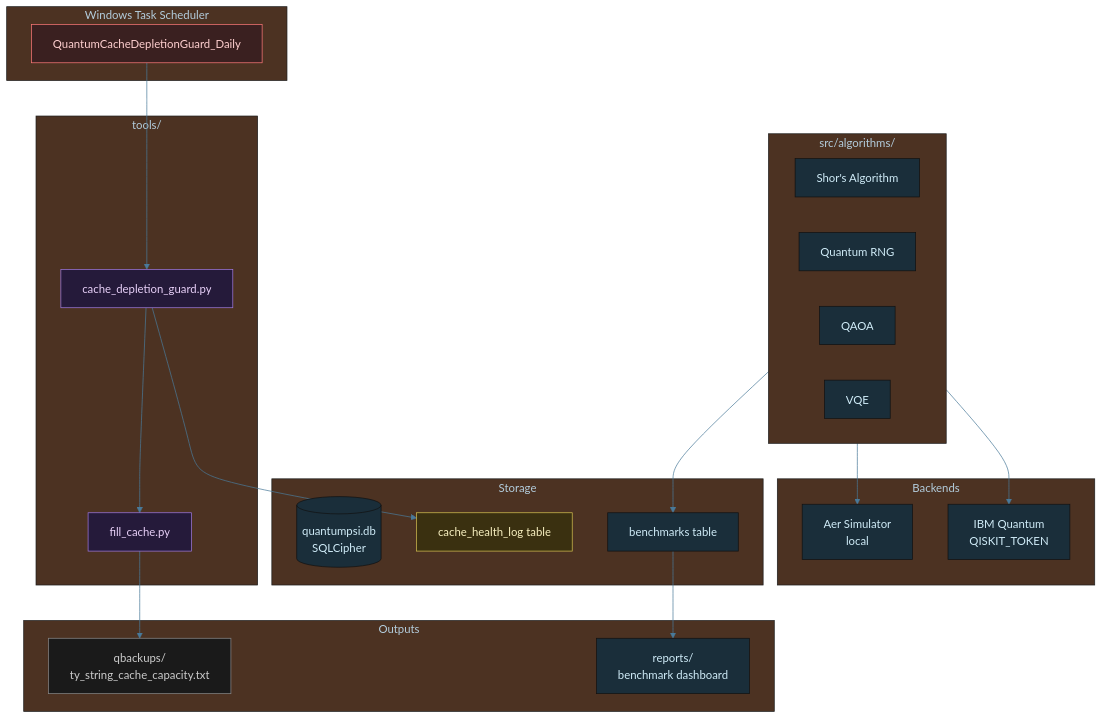
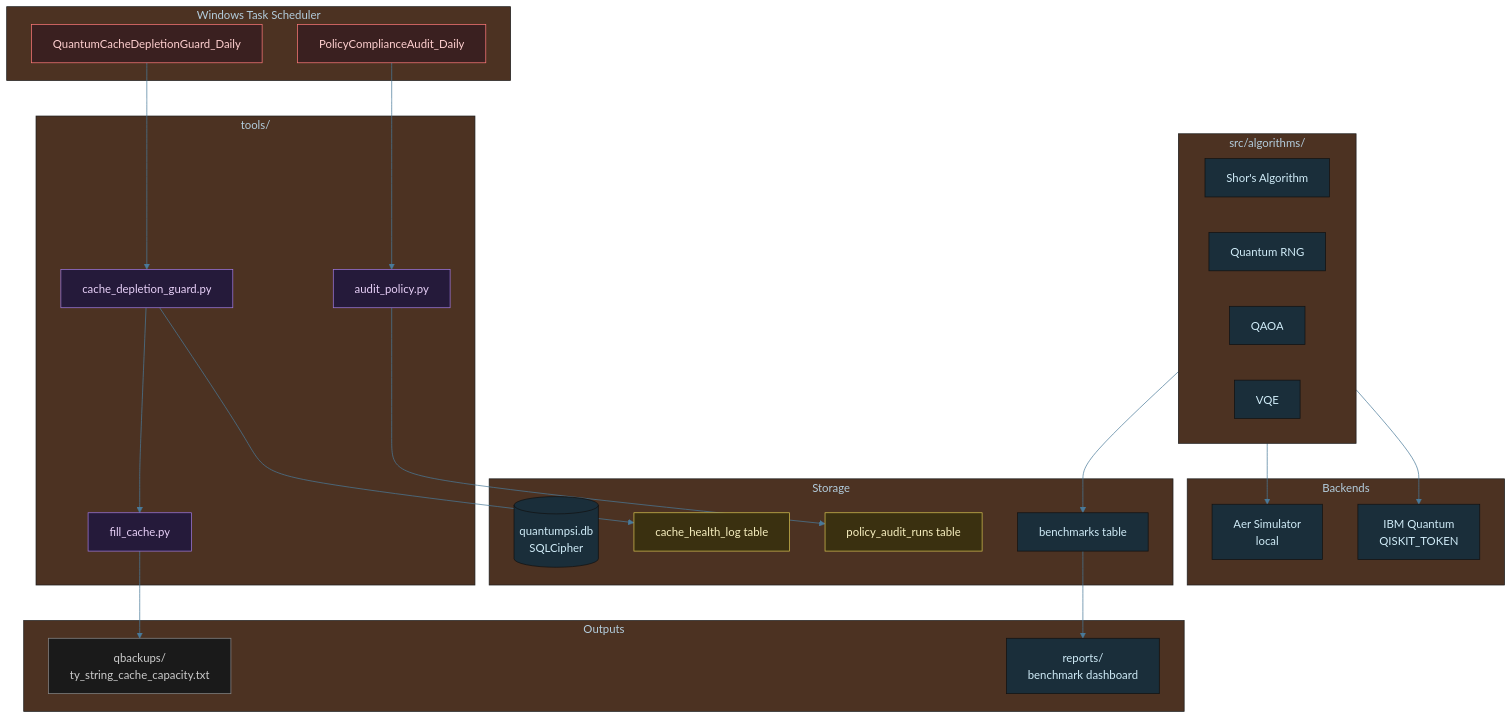
The diagram in diagrams/quantum-architecture.mmd (tylerdrakemusic/-Workspace), drawn with Mermaid before and after one commit. The commit also changed 1 other file, not shown here.

Commit message:
docs(diagrams): update quantum diagrams for FR-20260527-execution-policy-auditor

```diff
--- a/diagrams/quantum-architecture.mmd
+++ b/diagrams/quantum-architecture.mmd
@@ -1,53 +1,58 @@
 %%{init: {'theme': 'base', 'themeVariables': {'primaryColor': '#1a2e3a', 'primaryTextColor': '#d0ecf8', 'edgeLabelBackground': '#0f1318', 'lineColor': '#4a7a9a'}}}%%
 graph TB
     subgraph Algorithms["src/algorithms/"]
         Shor[Shor's Algorithm]
         QRNG[Quantum RNG]
         QAOA[QAOA]
         VQE[VQE]
     end
     subgraph Backends
         IBM[IBM Quantum<br/>QISKIT_TOKEN]
         Sim[Aer Simulator<br/>local]
     end
     subgraph Storage
         DB[(quantumpsi.db<br/>SQLCipher)]
         Bench[benchmarks table]
         CacheHealthLog[cache_health_log table]
+        PolicyAuditRuns[policy_audit_runs table]
     end
     subgraph Outputs
         Reports[reports/<br/>benchmark dashboard]
         CacheCapacity[qbackups/<br/>ty_string_cache_capacity.txt]
     end
     subgraph Tools["tools/"]
         FillCache[fill_cache.py]
         CacheGuard[cache_depletion_guard.py]
+        AuditPolicy[audit_policy.py]
     end
     subgraph Scheduler["Windows Task Scheduler"]
         GuardTask[QuantumCacheDepletionGuard_Daily]
+        PolicyAuditTask[PolicyComplianceAudit_Daily]
     end
     Algorithms --> IBM
     Algorithms --> Sim
     Algorithms --> Bench
     Bench --> Reports
     GuardTask --> CacheGuard
     CacheGuard --> CacheHealthLog
     CacheGuard --> FillCache
     FillCache --> CacheCapacity
+    PolicyAuditTask --> AuditPolicy
+    AuditPolicy --> PolicyAuditRuns
     class Algorithms alg
     class Backends back
     class Storage,Outputs store
-    class FillCache,CacheGuard quantum
-    class GuardTask ext
-    class CacheHealthLog db
+    class FillCache,CacheGuard,AuditPolicy quantum
+    class GuardTask,PolicyAuditTask ext
+    class CacheHealthLog,PolicyAuditRuns db
     class CacheCapacity state
 
 classDef life     fill:#1a2e3a,stroke:#6ab4d4,color:#d0ecf8
 classDef music    fill:#3a1a24,stroke:#d47a8f,color:#f8d0dc
 classDef quantum  fill:#251a3a,stroke:#a07adf,color:#e8d0f8
 classDef manifest fill:#3a2e1a,stroke:#d4a96a,color:#f8ead0
 classDef ws       fill:#1a3a30,stroke:#6ad4b4,color:#d0f8ee
 classDef tyler    fill:#2a1a3a,stroke:#9e4aff,color:#fff
 classDef ext      fill:#3a2020,stroke:#ff7a7a,color:#ffd0d0
 classDef db       fill:#3a3010,stroke:#d4c050,color:#f8f0c0
 classDef state    fill:#1a1a1a,stroke:#888888,color:#cccccc
```
